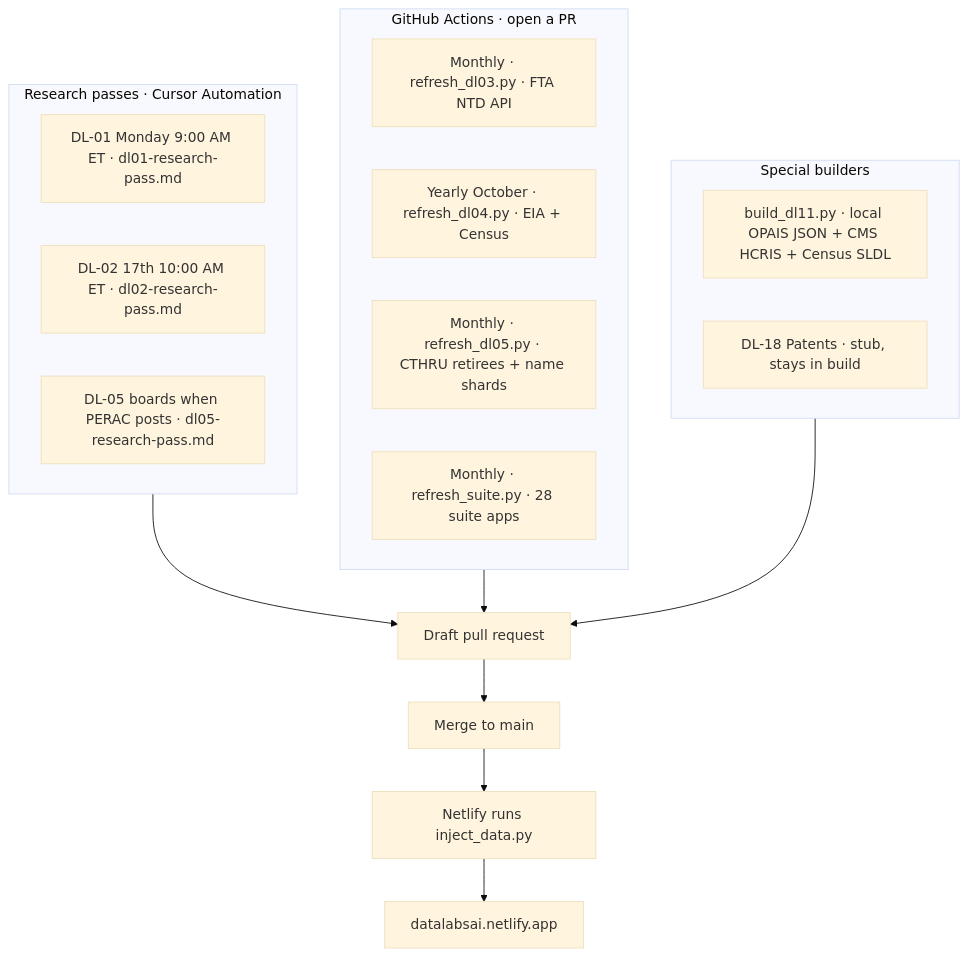
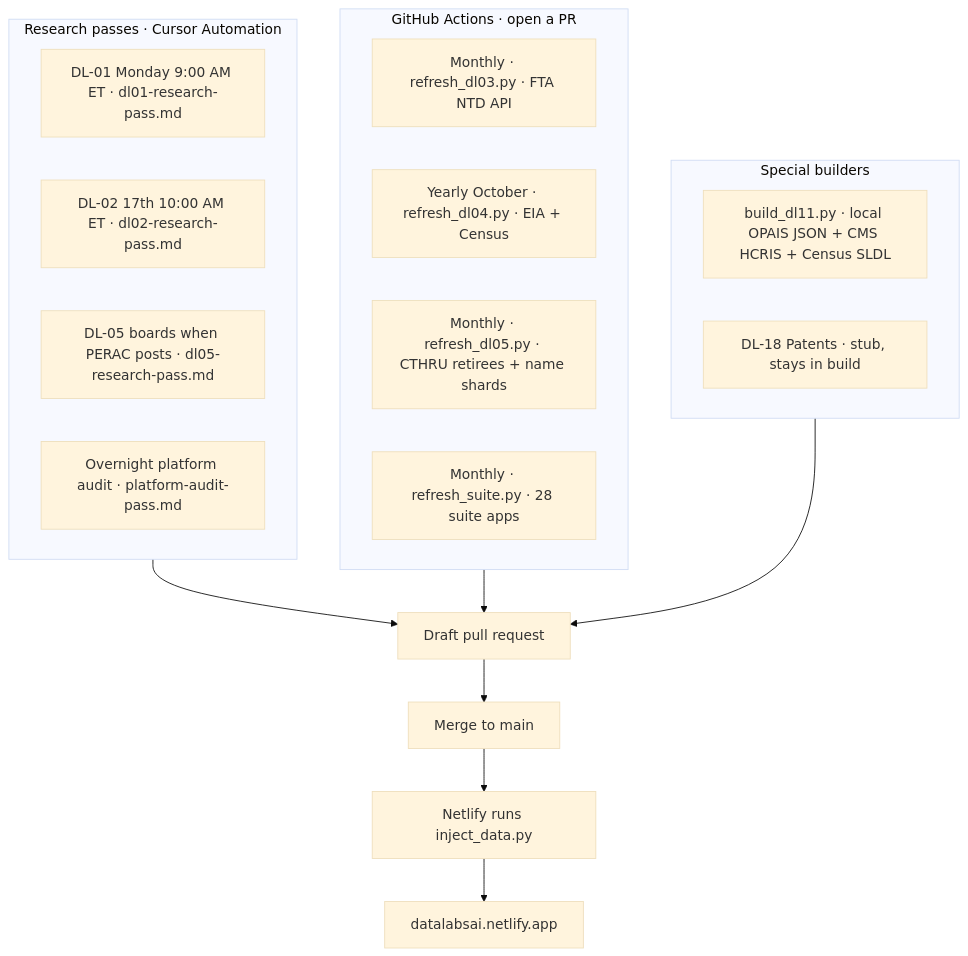
Before and after one commit to jcalabr3ez/datalabs-prototype: the sixth of 8 diagrams in ARCHITECTURE.md, drawn with Mermaid (base theme). The commit also changed other lines of this file and 6 other files, not shown here.

First line of the commit message:
Add an overnight platform audit for claims and insight charts.

````diff
--- a/ARCHITECTURE.md
+++ b/ARCHITECTURE.md
@@ -193,24 +193,25 @@
 ```mermaid
 flowchart TB
   subgraph human [Research passes · Cursor Automation]
     R01["DL-01 Monday 9:00 AM ET · dl01-research-pass.md"]
     R02["DL-02 17th 10:00 AM ET · dl02-research-pass.md"]
     R05b["DL-05 boards when PERAC posts · dl05-research-pass.md"]
+    Rxx["Overnight platform audit · platform-audit-pass.md"]
   end
   subgraph actions [GitHub Actions · open a PR]
     A03["Monthly · refresh_dl03.py · FTA NTD API"]
     A04["Yearly October · refresh_dl04.py · EIA + Census"]
     A05["Monthly · refresh_dl05.py · CTHRU retirees + name shards"]
     A06["Monthly · refresh_suite.py · 28 suite apps"]
   end
   subgraph special [Special builders]
     B11["build_dl11.py · local OPAIS JSON + CMS HCRIS + Census SLDL"]
     B18["DL-18 Patents · stub, stays in build"]
   end
   human --> PR[Draft pull request]
   actions --> PR
   special --> PR
   PR --> Main[Merge to main]
   Main --> Netlify[Netlify runs inject_data.py]
   Netlify --> Live[datalabsai.netlify.app]
 ```
````
